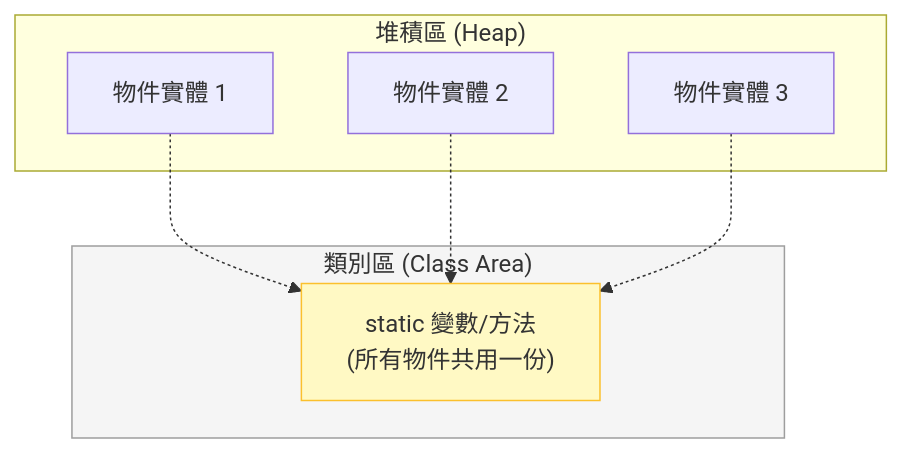
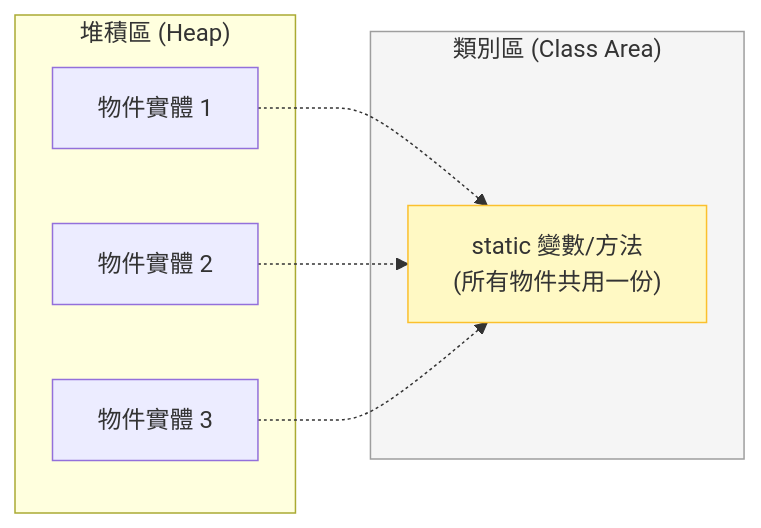
The seventh of 10 diagrams in Part1-OOP/ch01_obp.md (nlhsueh/teach_sw_fw), drawn with Mermaid before and after one commit. The commit also changed other lines of this file and 8 other files, not shown here.

Commit message:
feat: generate ch01 slides and automate mermaid diagrams

````diff
--- a/Part1-OOP/ch01_obp.md
+++ b/Part1-OOP/ch01_obp.md
@@ -1552,19 +1552,19 @@
 ```mermaid
-graph TD
+graph LR
     subgraph ClassZone ["類別區 (Class Area)"]
         staticMember["static 變數/方法<br/>(所有物件共用一份)"]
     end
 
     subgraph Heap ["堆積區 (Heap)"]
         obj1["物件實體 1"]
         obj2["物件實體 2"]
         obj3["物件實體 3"]
     end
 
     obj1 -.-> staticMember
     obj2 -.-> staticMember
     obj3 -.-> staticMember
     
     style staticMember fill:#fff9c4,stroke:#fbc02d
     style ClassZone fill:#f5f5f5,stroke:#9e9e9e
 ```
````
